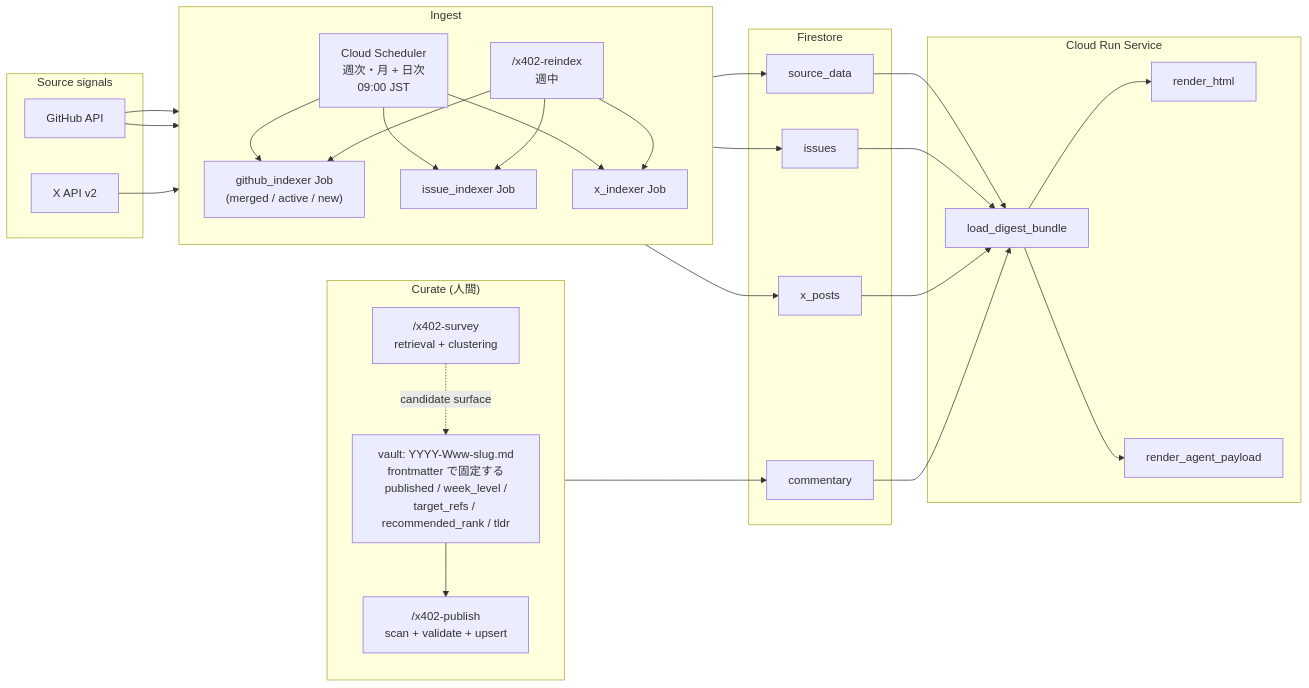
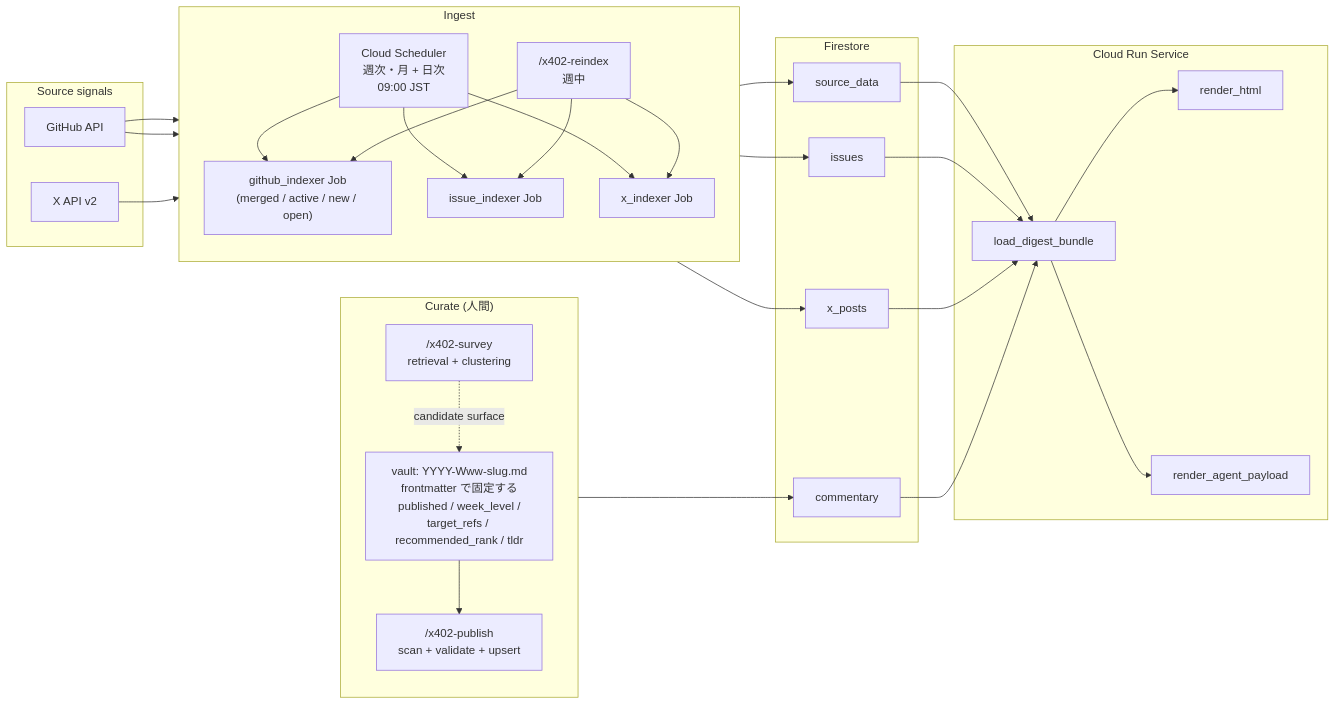
One commit to shuhei0866/x402-cms changed the third of 5 diagrams in docs/architecture.ja.md. Above: the diagram before and after it, drawn with Mermaid. The commit also changed other lines of this file and 10 other files, not shown here.

````diff
--- a/docs/architecture.ja.md
+++ b/docs/architecture.ja.md
@@ -165,56 +165,56 @@
 ```mermaid
 flowchart LR
   subgraph Src["Source signals"]
     GH["GitHub API"]
     XAPI["X API v2"]
   end
 
   subgraph Ingest["Ingest"]
     direction TB
     Cron["Cloud Scheduler<br/>週次・月 + 日次<br/>09:00 JST"]
     Manual["/x402-reindex<br/>週中"]
-    GHJob["github_indexer Job<br/>(merged / active / new)"]
+    GHJob["github_indexer Job<br/>(merged / active / new / open)"]
     IssJob["issue_indexer Job"]
     XJob["x_indexer Job"]
     Cron --> GHJob
     Cron --> IssJob
     Cron --> XJob
     Manual --> GHJob
     Manual --> IssJob
     Manual --> XJob
   end
 
   subgraph Curate["Curate (人間)"]
     direction TB
     Survey["/x402-survey<br/>retrieval + clustering"]
     Vault["vault: YYYY-Www-slug.md<br/>frontmatter で固定する<br/>published / week_level /<br/>target_refs / recommended_rank / tldr"]
     PubSkill["/x402-publish<br/>scan + validate + upsert"]
     Survey -.->|"candidate surface"| Vault
     Vault --> PubSkill
   end
 
   subgraph FS["Firestore"]
     Srcd["source_data"]
     Iss["issues"]
     Xp["x_posts"]
     Cm["commentary"]
   end
 
   subgraph Serve["Cloud Run Service"]
     Bundle["load_digest_bundle"]
     HTML["render_html"]
     JSON["render_agent_payload"]
   end
 
   GH --> GHJob --> Srcd
   GH --> IssJob --> Iss
   XAPI --> XJob --> Xp
   PubSkill --> Cm
 
   Srcd --> Bundle
   Iss --> Bundle
   Xp --> Bundle
   Cm --> Bundle
   Bundle --> HTML
   Bundle --> JSON
 ```
````
